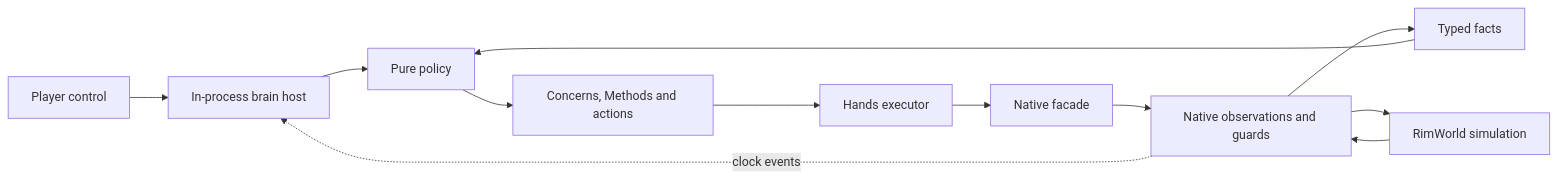
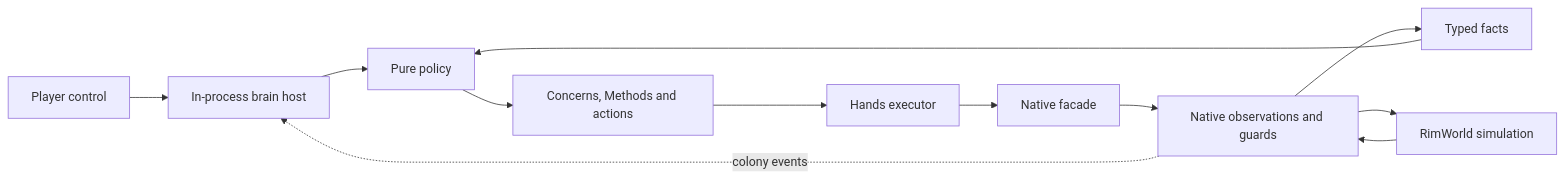
The first of 3 diagrams in docs/developers/architecture/overview.md (davidarcher/rimgovernor), drawn with Mermaid before and after one commit. The commit also changed 52 other files, not shown here.

````diff
--- a/docs/developers/architecture/overview.md
+++ b/docs/developers/architecture/overview.md
@@ -10,14 +10,14 @@
 ```mermaid
 flowchart LR
     Player[Player control] --> Runtime[In-process brain host]
     Game[RimWorld simulation] --> Native[Native observations and guards]
     Native --> Facts[Typed facts]
     Facts --> Policy[Pure policy]
     Policy --> Plan[Concerns, Methods and actions]
     Plan --> Hands[Hands executor]
     Hands --> Facade[Native facade]
     Facade --> Native
     Native --> Game
     Runtime --> Policy
-    Native -. clock events .-> Runtime
+    Native -. colony events .-> Runtime
 ```
````
